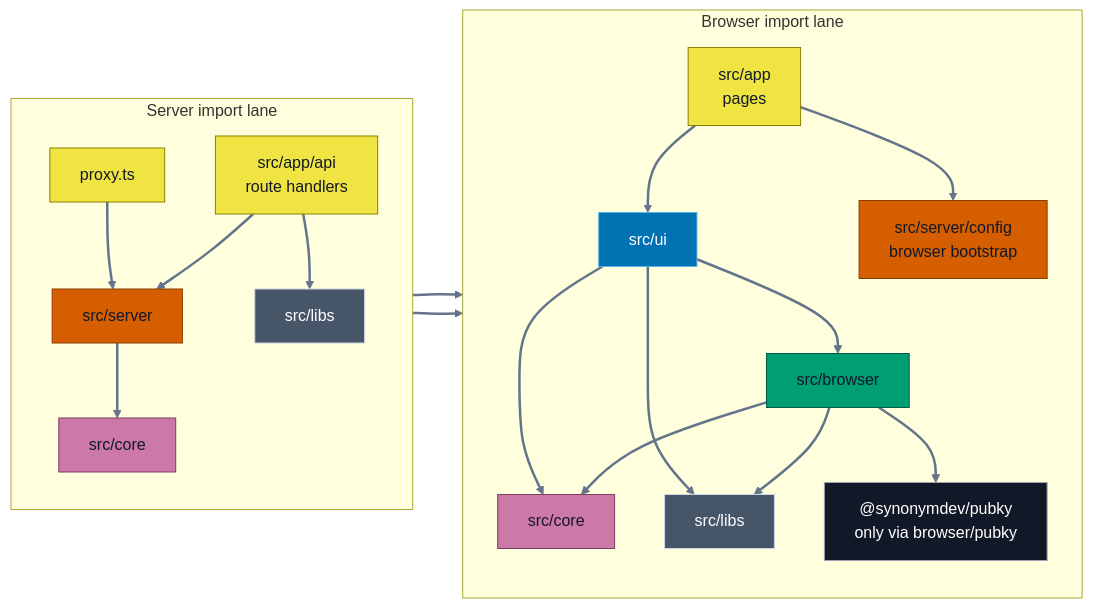
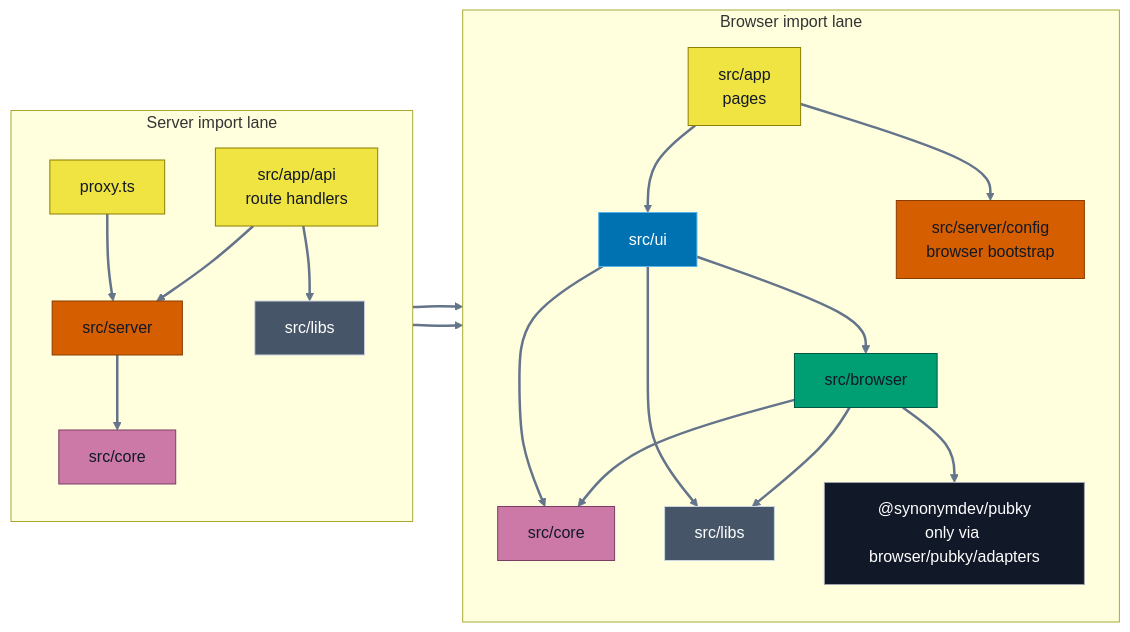
The second of 14 diagrams in FLOWS.md (pubky/pubky-passport), drawn with Mermaid before and after one commit. The commit also changed other lines of this file and 50 other files, not shown here.

````diff
--- a/FLOWS.md
+++ b/FLOWS.md
@@ -41,34 +41,34 @@
 ```mermaid
 flowchart LR
     accTitle: Current production import boundaries
     accDescr: Direct imports from app pages and route handlers into UI, browser, server, core, libraries, and the Pubky SDK adapter.
     subgraph browserLane[Browser import lane]
         direction TB
         pages["src/app<br/>pages"]:::transport --> ui["src/ui"]:::ui --> browser["src/browser"]:::browser
         pages --> bootstrap["src/server/config<br/>browser bootstrap"]:::server
         ui --> browserCore["src/core"]:::core
         ui --> browserLibs["src/libs"]:::libs
         browser --> browserCore
         browser --> browserLibs
-        browser --> sdk["@synonymdev/pubky<br/>only via browser/pubky"]:::external
+        browser --> sdk["@synonymdev/pubky<br/>only via browser/pubky/adapters"]:::external
     end
 
     subgraph serverLane[Server import lane]
         direction TB
         routes["src/app/api<br/>route handlers"]:::transport --> server["src/server"]:::server
         proxy["proxy.ts"]:::transport --> server
         proxy --> bootstrap
         server --> bootstrap
         routes --> serverLibs["src/libs"]:::libs
         server --> serverCore["src/core"]:::core
     end
 
     classDef transport fill:#F0E442,stroke:#8A7F00,color:#111827;
     classDef ui fill:#0072B2,stroke:#56B4E9,color:#fff;
     classDef browser fill:#009E73,stroke:#005A45,color:#111827;
     classDef server fill:#D55E00,stroke:#8A3C00,color:#111827;
     classDef core fill:#CC79A7,stroke:#7A3E62,color:#111827;
     classDef libs fill:#475569,stroke:#cbd5e1,color:#fff;
     classDef external fill:#111827,stroke:#9ca3af,color:#fff;
     linkStyle default stroke:#64748B,stroke-width:2.5px;
 ```
````
